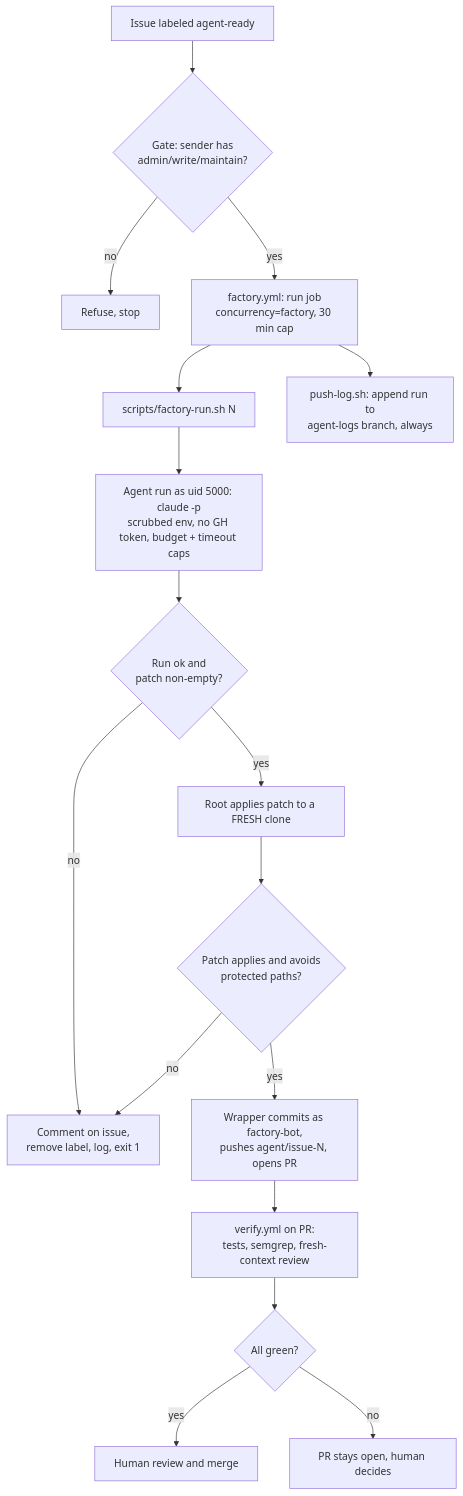
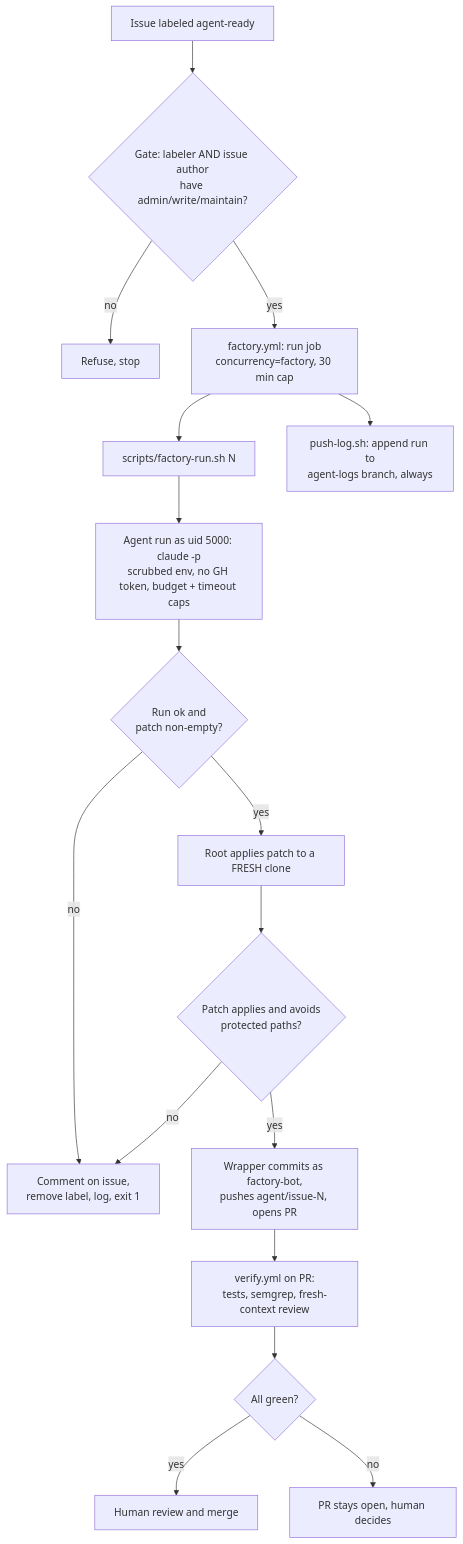
One commit to fasoulas/factory-sandbox changed the first of 3 diagrams in README.md. Above: the diagram before and after it, drawn with Mermaid. The commit also changed other lines of this file and 1 other file, not shown here.

First line of the commit message:
fix/gate issue author (#28)

````diff
--- a/README.md
+++ b/README.md
@@ -13,19 +13,19 @@
 ```mermaid
 flowchart TD
-    A[Issue labeled agent-ready] --> B{Gate: sender has<br/>admin/write/maintain?}
+    A[Issue labeled agent-ready] --> B{Gate: labeler AND issue author<br/>have admin/write/maintain?}
     B -- no --> X1[Refuse, stop]
     B -- yes --> C[factory.yml: run job<br/>concurrency=factory, 30 min cap]
     C --> D[scripts/factory-run.sh N]
     D --> E[Agent run as uid 5000: claude -p<br/>scrubbed env, no GH token, budget + timeout caps]
     E --> F{Run ok and<br/>patch non-empty?}
     F -- no --> X2[Comment on issue,<br/>remove label, log, exit 1]
     F -- yes --> G[Root applies patch to a FRESH clone]
     G --> G2{Patch applies and avoids<br/>protected paths?}
     G2 -- no --> X2
     G2 -- yes --> H[Wrapper commits as factory-bot,<br/>pushes agent/issue-N, opens PR]
     H --> I[verify.yml on PR:<br/>tests, semgrep, fresh-context review]
     I --> J{All green?}
     J -- yes --> K[Human review and merge]
     J -- no --> L[PR stays open, human decides]
     C --> M[push-log.sh: append run to<br/>agent-logs branch, always]
 ```
````
